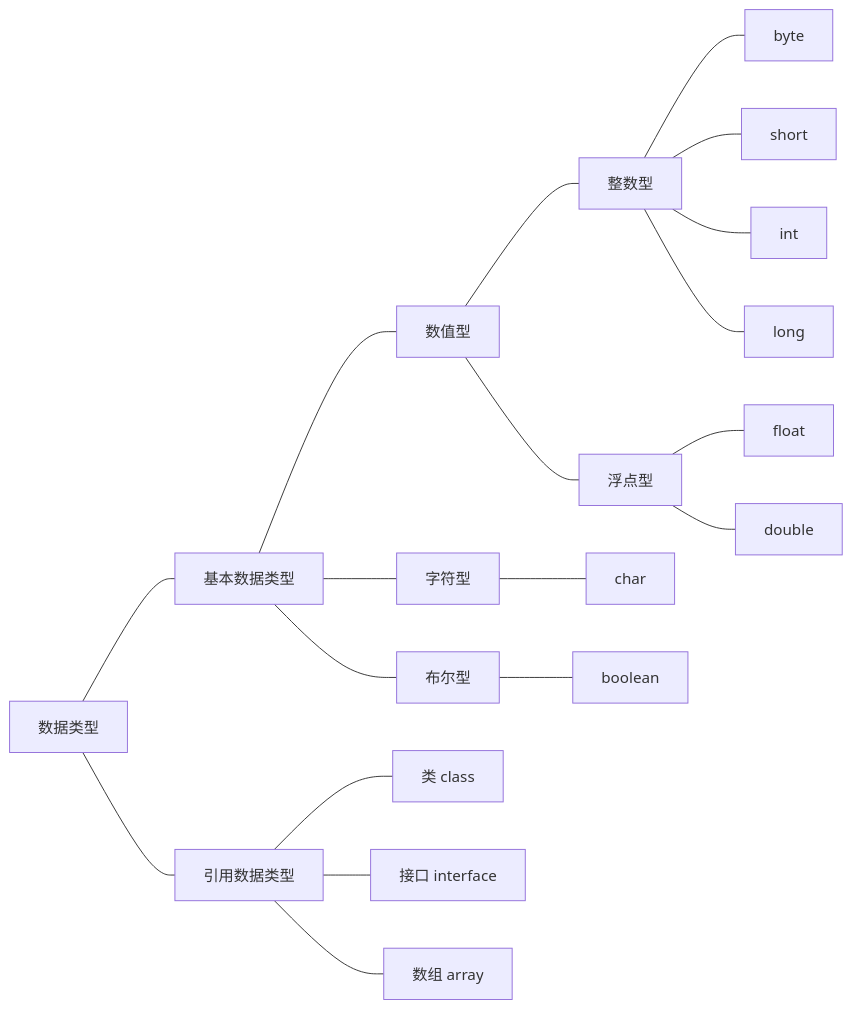
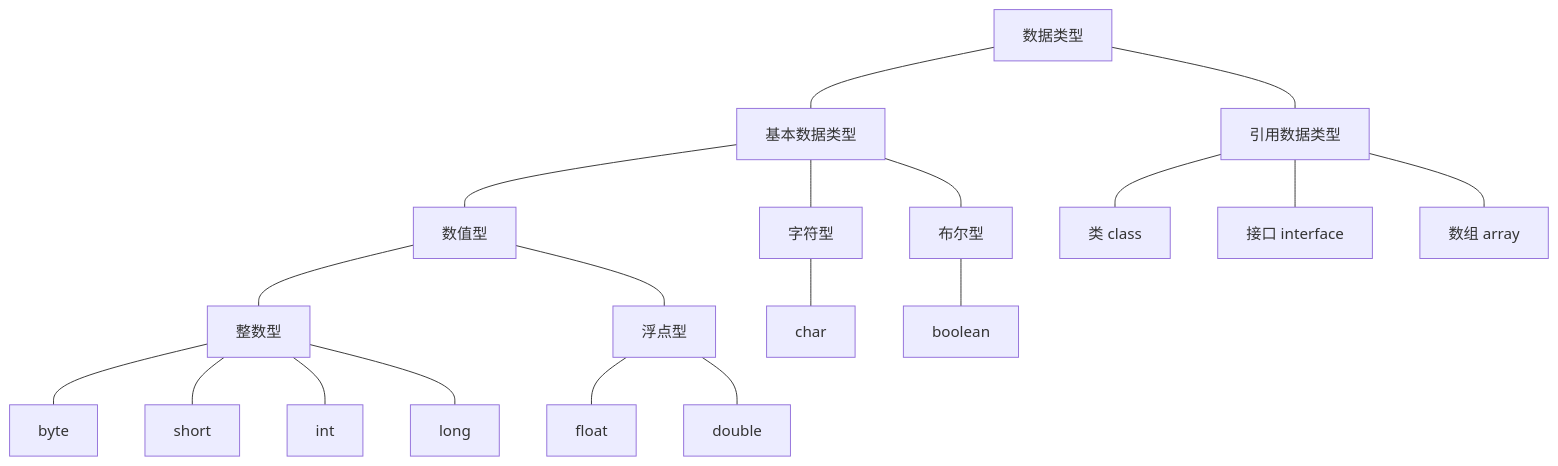
One commit to Zoooooone/Coding-practice changed the first of 3 diagrams in java/Java_note.md. Above: the diagram before and after it, drawn with Mermaid. The commit also changed other lines of this file and 5 other files, not shown here.

````diff
--- a/java/Java_note.md
+++ b/java/Java_note.md
@@ -3,33 +11,33 @@
 ```mermaid
-graph LR
+graph TD
     data[数据类型] --- primitive[基本数据类型];
     data --- reference[引用数据类型];
 
     %% primitive
     primitive --- N[数值型];
     primitive --- C[字符型];
     primitive --- B[布尔型];
 
     %% N
     N --- I[整数型];
     N --- F[浮点型];
     I --- b[byte];
     I --- s[short];
     I --- i[int];
     I --- l[long];
 
     %% F
     F --- f[float];
     F --- D[double];
 
     %% C
     C --- c[char];
 
     %% B
     B --- bool[boolean];
 
     %% reference
     reference --- cl[类 class];
     reference --- in[接口 interface];
     reference --- ar[数组 array];
 ```
````
